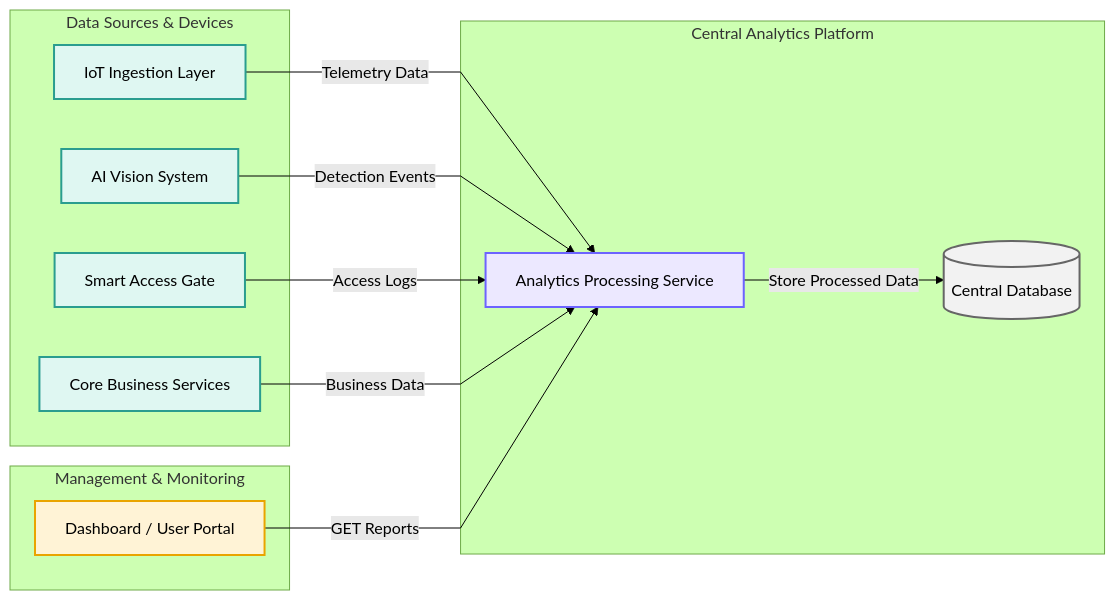
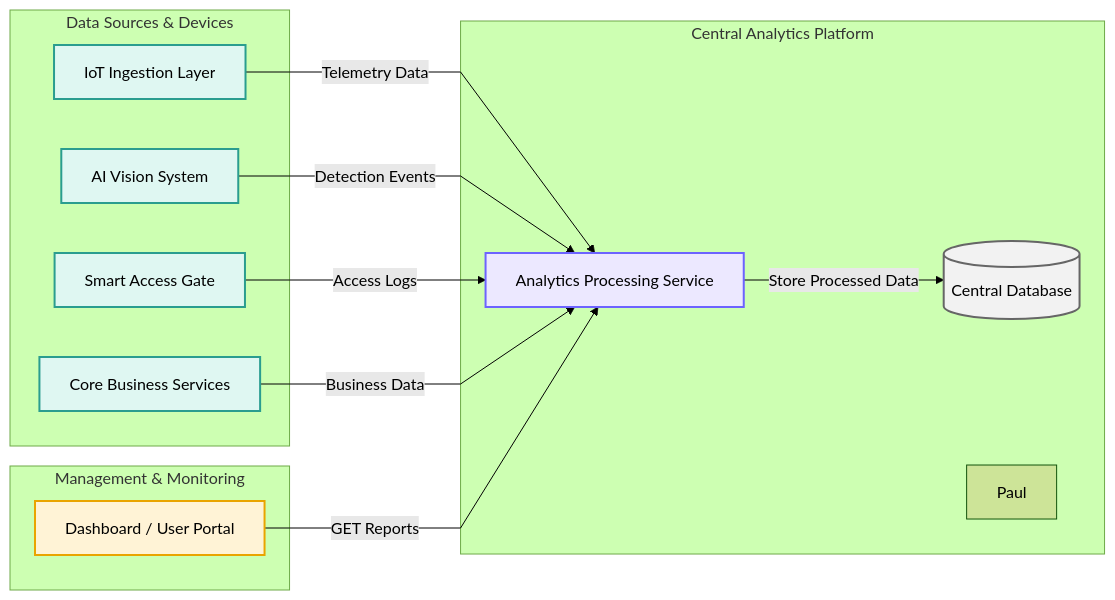
The diagram in evidence/buoi-01/service-boundary.md (FIT-17-13/lab1-setup-TheHonnn), drawn with Mermaid (forest theme) before and after one commit.

````diff
--- a/evidence/buoi-01/service-boundary.md
+++ b/evidence/buoi-01/service-boundary.md
@@ -85,42 +85,43 @@
 ```mermaid
 flowchart LR
 linkStyle default interpolate linear
 subgraph INPUT["Data Sources & Devices"]
 
     IoT[IoT Ingestion Layer]
     Camera[AI Vision System]
     Gate[Smart Access Gate]
     Core[Core Business Services]
 
 end
 subgraph PLATFORM["Central Analytics Platform"]
 
     Analytics[Analytics Processing Service]
 
     DB[(Central Database)]
+NHOM5["Paul"]
 
 end
 subgraph USERS["Management & Monitoring"]
 
     Dashboard[Dashboard / User Portal]
 
 end
 IoT -->|Telemetry Data| Analytics
 Camera -->|Detection Events| Analytics
 Gate -->|Access Logs| Analytics
 Core -->|Business Data| Analytics
 
 Analytics -->|Store Processed Data| DB
 
 Dashboard -- GET Reports --> Analytics
 
 classDef source fill:#dff7f2,stroke:#2a9d8f,color:#000,stroke-width:2px;
 classDef service fill:#ece8ff,stroke:#6c63ff,color:#000,stroke-width:2px;
 classDef database fill:#f2f2f2,stroke:#666,color:#000,stroke-width:2px;
 classDef dashboard fill:#fff3d6,stroke:#e9a400,color:#000,stroke-width:2px;
 
 class IoT,Camera,Gate,Core source;
 class Analytics service;
 class DB database;
 class Dashboard dashboard;
 ```
````
